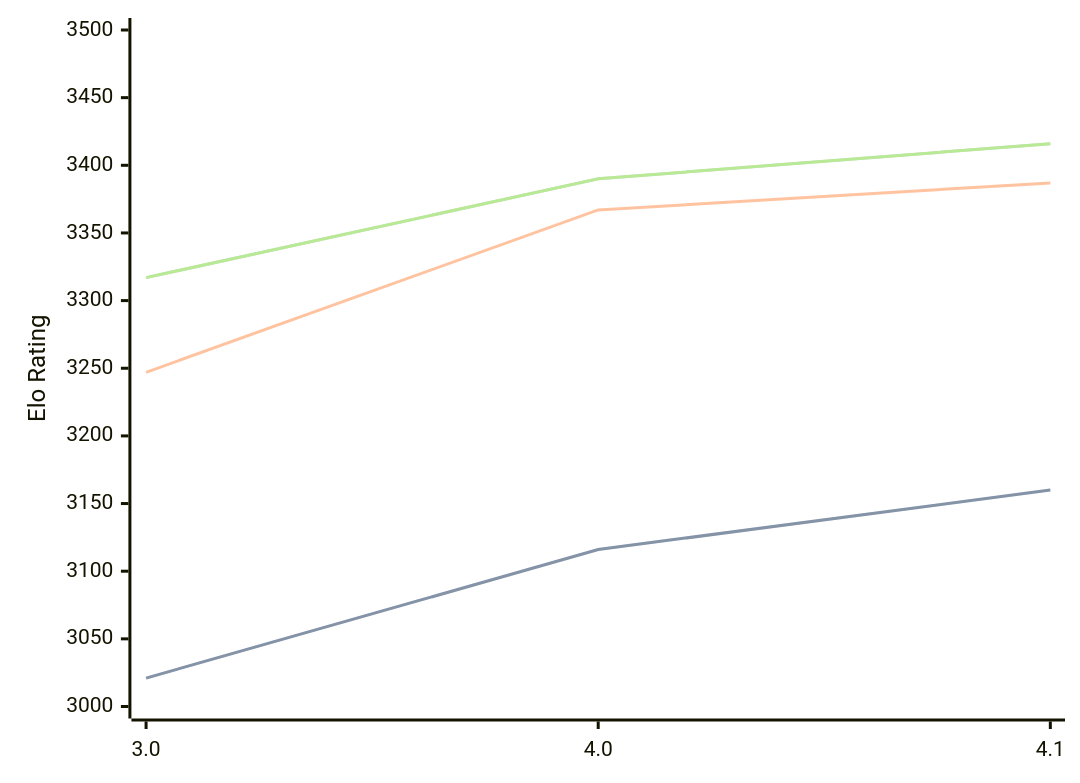
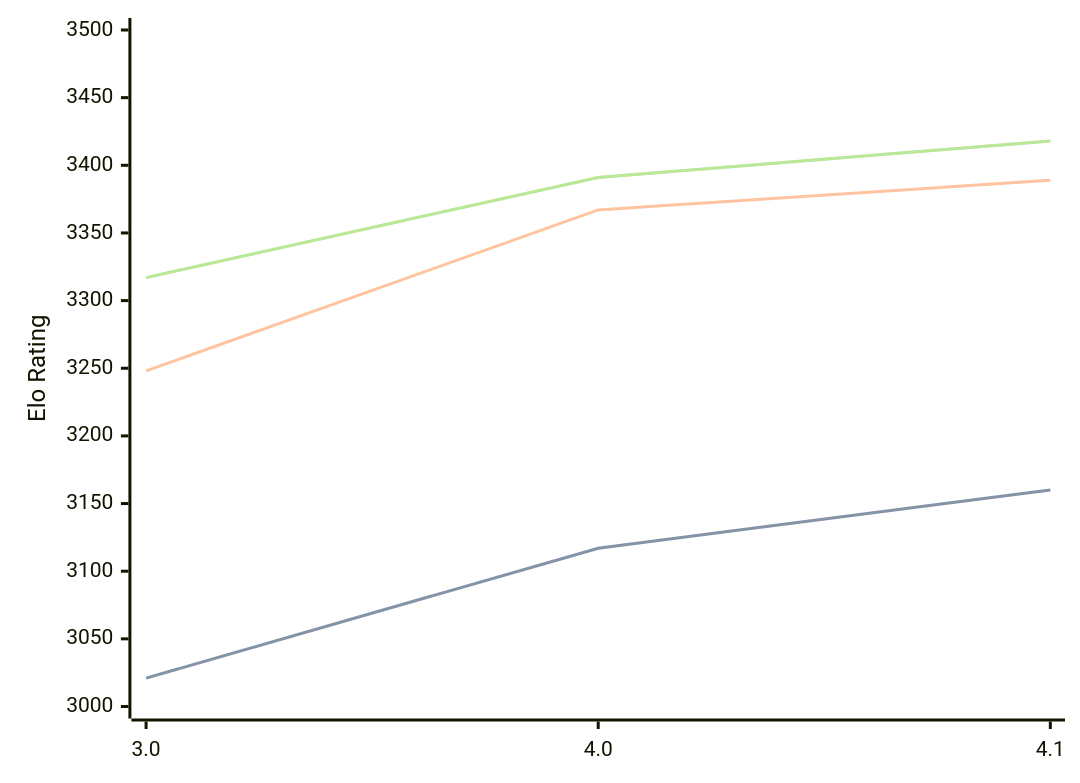
One commit to computer-chess-index/cci changed the diagram in engines/Eleanor.md. Above: the diagram before and after it, drawn with Mermaid. The commit also changed other lines of this file, not shown here.

Commit message:
Update CCI Ratings (ELO VLTC) - 2026-08-19

````diff
--- a/engines/Eleanor.md
+++ b/engines/Eleanor.md
@@ -33,11 +33,11 @@
 ```mermaid
 %%{init: {"theme":"base","themeVariables":{"seriesColors:['#a3a3a3','#222221','#faa371']}}}%%
 xychart-beta
   x-axis ["3.0", "4.0", "4.1"]
   y-axis "Elo Rating" 3000 --> 3500
-  line "STC (8.0+0.08s)" [3021, 3116, 3160]
-  line "STC (8.0+0.08s)" [3021, 3116, 3160]
-  line "LTC (60.0+0.60s)" [3247, 3367, 3387]
-  line "VLTC (2m24s+1.12s)" [3317, 3390, 3416]
-  line "VLTC (2m24s+1.12s)" [3317, 3390, 3416]
+  line "STC (8.0+0.08s)" [3021, 3117, 3160]
+  line "STC (8.0+0.08s)" [3021, 3117, 3160]
+  line "LTC (60.0+0.60s)" [3248, 3367, 3389]
+  line "VLTC (2m24s+1.12s)" [3317, 3391, 3418]
+  line "VLTC (2m24s+1.12s)" [3317, 3391, 3418]
 ```
````
